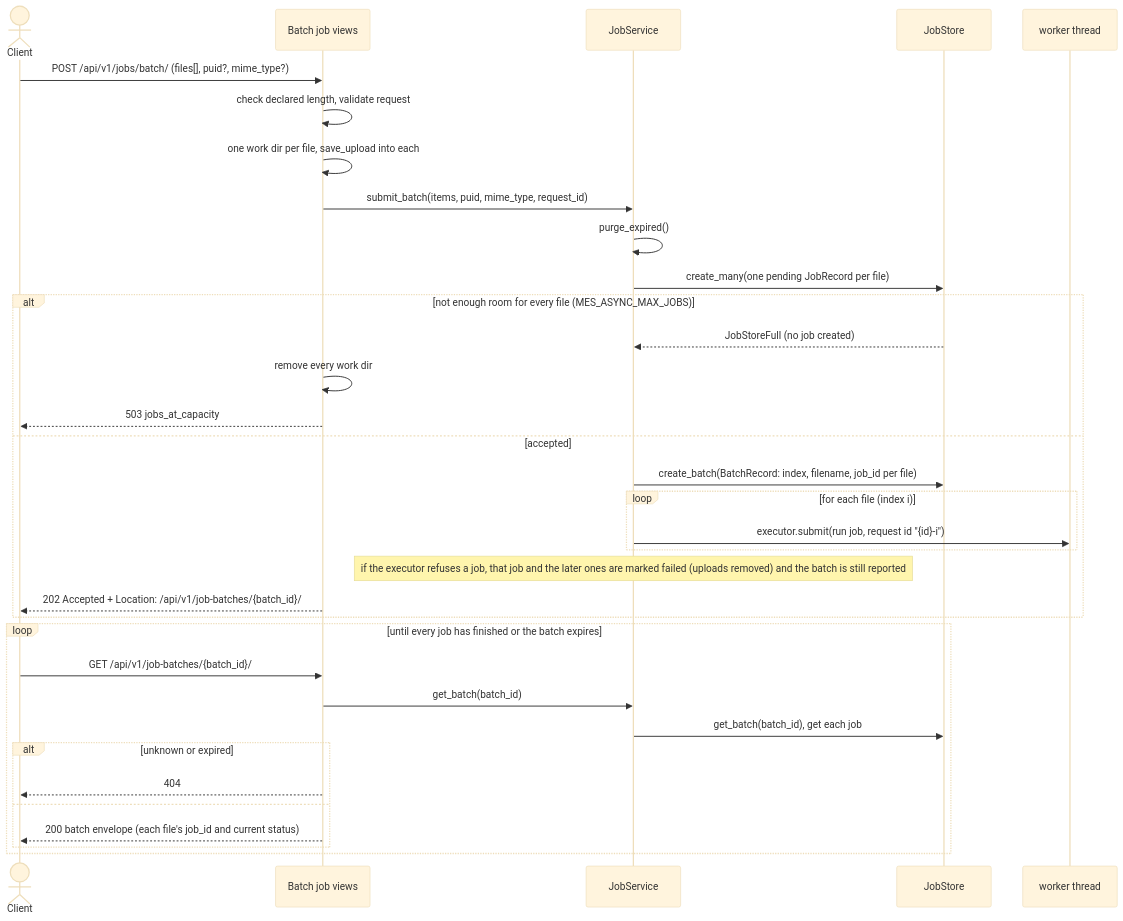
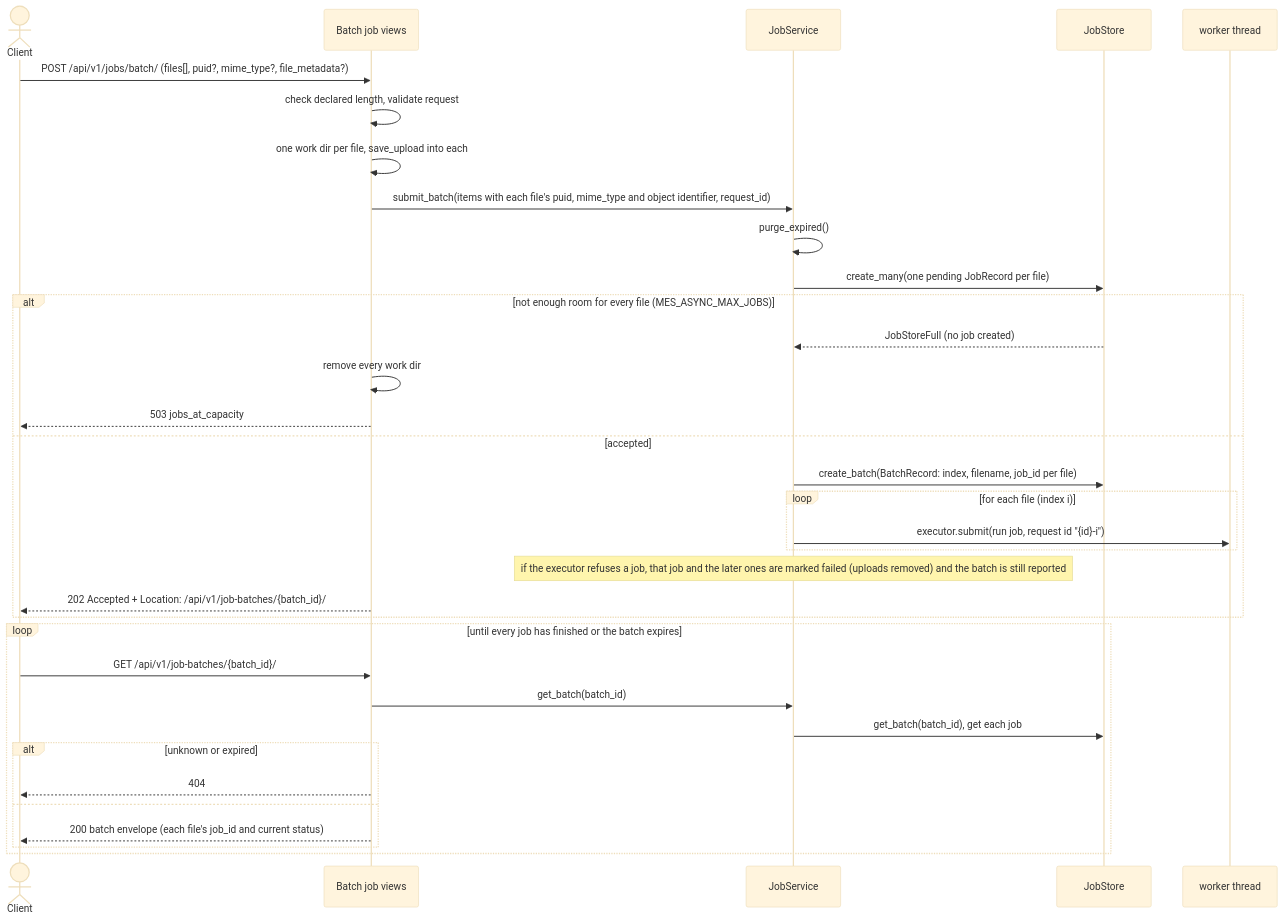
One commit to EOSC-EDEN/metadata-extraction-service changed the sixth of 6 diagrams in docs/diagrams.md. Above: the diagram before and after it, drawn with Mermaid (base theme). The commit also changed other lines of this file and 13 other files, not shown here.

Commit message:
Add support per-file puid, object identifer & type in batch extraction

````diff
--- a/docs/diagrams.md
+++ b/docs/diagrams.md
@@ -272,38 +274,38 @@
 ```mermaid
 sequenceDiagram
     actor Client
     participant API as Batch job views
     participant Jobs as JobService
     participant Store as JobStore
     participant Worker as worker thread
 
-    Client->>API: POST /api/v1/jobs/batch/ (files[], puid?, mime_type?)
+    Client->>API: POST /api/v1/jobs/batch/ (files[], puid?, mime_type?, file_metadata?)
     API->>API: check declared length, validate request
     API->>API: one work dir per file, save_upload into each
-    API->>Jobs: submit_batch(items, puid, mime_type, request_id)
+    API->>Jobs: submit_batch(items with each file's puid, mime_type and object identifier, request_id)
     Jobs->>Jobs: purge_expired()
     Jobs->>Store: create_many(one pending JobRecord per file)
     alt not enough room for every file (MES_ASYNC_MAX_JOBS)
         Store-->>Jobs: JobStoreFull (no job created)
         API->>API: remove every work dir
         API-->>Client: 503 jobs_at_capacity
     else accepted
         Jobs->>Store: create_batch(BatchRecord: index, filename, job_id per file)
         loop for each file (index i)
             Jobs->>Worker: executor.submit(run job, request id "{id}-i")
         end
         note over Jobs: if the executor refuses a job, that job and the later ones are marked failed (uploads removed) and the batch is still reported
         API-->>Client: 202 Accepted + Location: /api/v1/job-batches/{batch_id}/
     end
 
     loop until every job has finished or the batch expires
         Client->>API: GET /api/v1/job-batches/{batch_id}/
         API->>Jobs: get_batch(batch_id)
         Jobs->>Store: get_batch(batch_id), get each job
         alt unknown or expired
             API-->>Client: 404
         else
             API-->>Client: 200 batch envelope (each file's job_id and current status)
         end
     end
 ```
````
